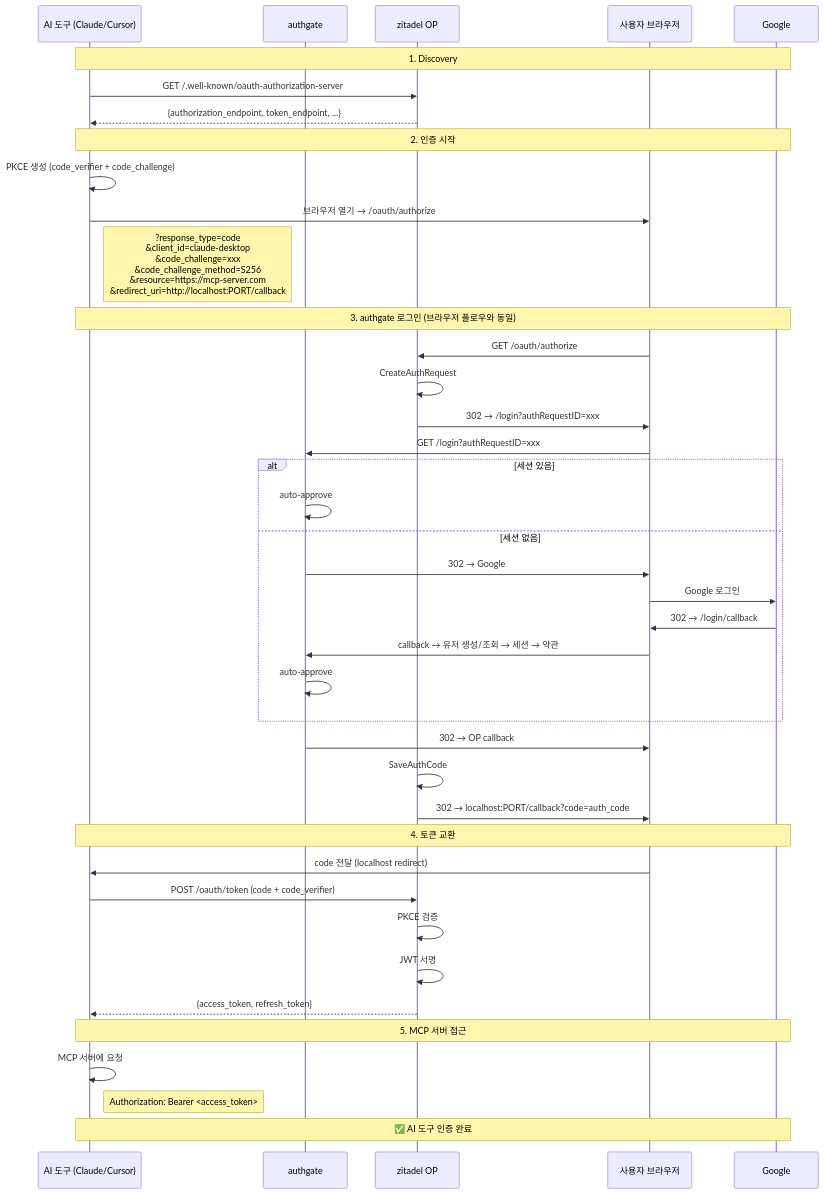
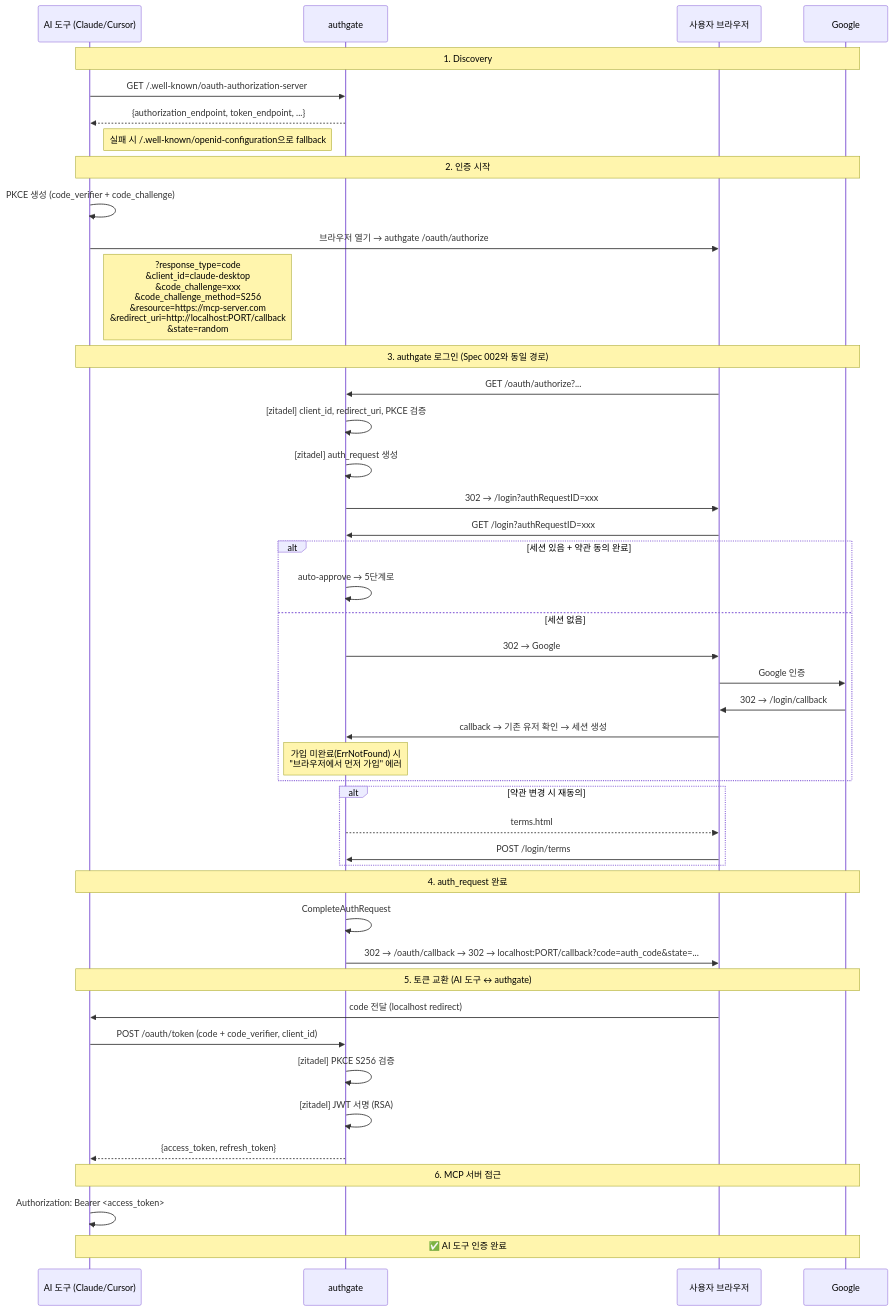
Before and after one commit to cagojeiger/authgate: the diagram in docs/spec/004-mcp-login.md, drawn with Mermaid. The commit also changed other lines of this file and 10 other files, not shown here.

First line of the commit message:
docs: complete spec rewrite — consistent model across all 9 specs

````diff
--- a/docs/spec/004-mcp-login.md
+++ b/docs/spec/004-mcp-login.md
@@ -36,50 +69,54 @@
 ```mermaid
 sequenceDiagram
     participant AI as AI 도구 (Claude/Cursor)
     participant AG as authgate
-    participant Z as zitadel OP
     participant U as 사용자 브라우저
     participant G as Google
 
     Note over AI,G: 1. Discovery
-    AI->>Z: GET /.well-known/oauth-authorization-server
-    Z-->>AI: {authorization_endpoint, token_endpoint, ...}
+    AI->>AG: GET /.well-known/oauth-authorization-server
+    AG-->>AI: {authorization_endpoint, token_endpoint, ...}
+    Note right of AI: 실패 시 /.well-known/openid-configuration으로 fallback
 
     Note over AI,G: 2. 인증 시작
     AI->>AI: PKCE 생성 (code_verifier + code_challenge)
-    AI->>U: 브라우저 열기 → /oauth/authorize
-    Note right of AI: ?response_type=code<br/>&client_id=claude-desktop<br/>&code_challenge=xxx<br/>&code_challenge_method=S256<br/>&resource=https://mcp-server.com<br/>&redirect_uri=http://localhost:PORT/callback
+    AI->>U: 브라우저 열기 → authgate /oauth/authorize
+    Note right of AI: ?response_type=code<br/>&client_id=claude-desktop<br/>&code_challenge=xxx<br/>&code_challenge_method=S256<br/>&resource=https://mcp-server.com<br/>&redirect_uri=http://localhost:PORT/callback<br/>&state=random
 
-    Note over AI,G: 3. authgate 로그인 (브라우저 플로우와 동일)
-    U->>Z: GET /oauth/authorize
-    Z->>Z: CreateAuthRequest
-    Z->>U: 302 → /login?authRequestID=xxx
+    Note over AI,G: 3. authgate 로그인 (Spec 002와 동일 경로)
+    U->>AG: GET /oauth/authorize?...
+    AG->>AG: [zitadel] client_id, redirect_uri, PKCE 검증
+    AG->>AG: [zitadel] auth_request 생성
+    AG->>U: 302 → /login?authRequestID=xxx
 
     U->>AG: GET /login?authRequestID=xxx
-    alt 세션 있음
-        AG->>AG: auto-approve
+    alt 세션 있음 + 약관 동의 완료
+        AG->>AG: auto-approve → 5단계로
     else 세션 없음
         AG->>U: 302 → Google
-        U->>G: Google 로그인
+        U->>G: Google 인증
         G->>U: 302 → /login/callback
-        U->>AG: callback → 유저 생성/조회 → 세션 → 약관
-        AG->>AG: auto-approve
+        U->>AG: callback → 기존 유저 확인 → 세션 생성
+        Note over AG: 가입 미완료(ErrNotFound) 시<br/>"브라우저에서 먼저 가입" 에러
     end
 
-    AG->>U: 302 → OP callback
-    Z->>Z: SaveAuthCode
-    Z->>U: 302 → localhost:PORT/callback?code=auth_code
+    alt 약관 변경 시 재동의
+        AG-->>U: terms.html
+        U->>AG: POST /login/terms
+    end
 
-    Note over AI,G: 4. 토큰 교환
+    Note over AI,G: 4. auth_request 완료
+    AG->>AG: CompleteAuthRequest
+    AG->>U: 302 → /oauth/callback → 302 → localhost:PORT/callback?code=auth_code&state=...
+
+    Note over AI,G: 5. 토큰 교환 (AI 도구 ↔ authgate)
     U->>AI: code 전달 (localhost redirect)
-    AI->>Z: POST /oauth/token (code + code_verifier)
-    Z->>Z: PKCE 검증
-    Z->>Z: JWT 서명
-    Z-->>AI: {access_token, refresh_token}
+    AI->>AG: POST /oauth/token (code + code_verifier, client_id)
+    AG->>AG: [zitadel] PKCE S256 검증
+    AG->>AG: [zitadel] JWT 서명 (RSA)
+    AG-->>AI: {access_token, refresh_token}
 
-    Note over AI,G: 5. MCP 서버 접근
-    AI->>AI: MCP 서버에 요청
-    Note right of AI: Authorization: Bearer <access_token>
-
+    Note over AI,G: 6. MCP 서버 접근
+    AI->>AI: Authorization: Bearer <access_token>
     Note over AI,G: ✅ AI 도구 인증 완료
 ```
````
